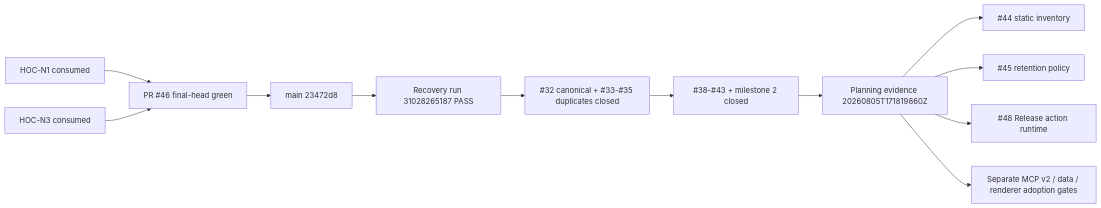
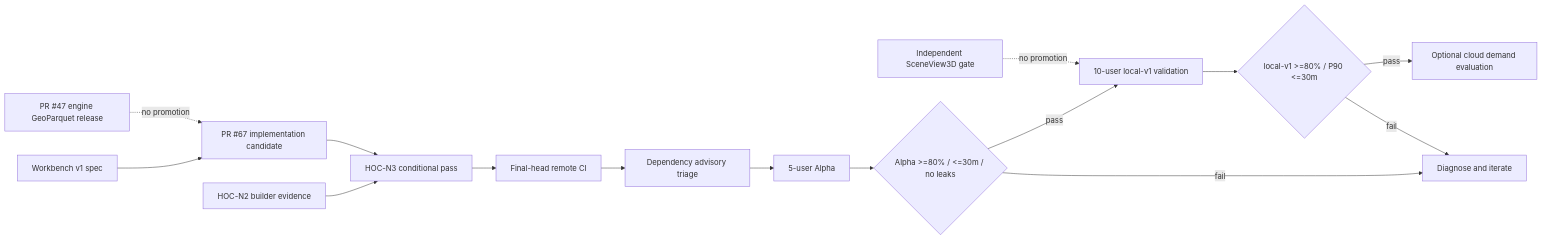
One commit to HYNCM/gis-engine changed the diagram in docs/planning/dependency-graph.md. Above: the diagram before and after it, drawn with Mermaid. The commit also changed other lines of this file and 9 other files, not shown here.

Commit message:
docs: refresh Workbench planning evidence

````diff
--- a/docs/planning/dependency-graph.md
+++ b/docs/planning/dependency-graph.md
@@ -19,14 +17,17 @@
 ```mermaid
 flowchart LR
-  H1["HOC-N1 consumed"] --> PR["PR #46 final-head green"]
-  H3["HOC-N3 consumed"] --> PR
-  PR --> MERGE["main 23472d8"]
-  MERGE --> RECOVERY["Recovery run 31028265187 PASS"]
-  RECOVERY --> INCIDENTS["#32 canonical + #33-#35 duplicates closed"]
-  INCIDENTS --> CLOSE["#38-#43 + milestone 2 closed"]
-  CLOSE --> SNAPSHOT["Planning evidence 20260805T171819860Z"]
-  SNAPSHOT --> K["#44 static inventory"]
-  SNAPSHOT --> T["#45 retention policy"]
-  SNAPSHOT --> A["#48 Release action runtime"]
-  SNAPSHOT --> FUTURE["Separate MCP v2 / data / renderer adoption gates"]
+  SPEC["Workbench v1 spec"] --> IMPL["PR #67 implementation candidate"]
+  N2["HOC-N2 builder evidence"] --> N3["HOC-N3 conditional pass"]
+  IMPL --> N3
+  N3 --> CI["Final-head remote CI"]
+  CI --> AUDIT["Dependency advisory triage"]
+  AUDIT --> ALPHA["5-user Alpha"]
+  ALPHA --> AGATE{"Alpha >=80% / <=30m / no leaks"}
+  AGATE -->|pass| V1["10-user local-v1 validation"]
+  AGATE -->|fail| FIX["Diagnose and iterate"]
+  V1 --> VGATE{"local-v1 >=80% / P90 <=30m"}
+  VGATE -->|pass| FUTURE["Optional cloud demand evaluation"]
+  VGATE -->|fail| FIX
+  PR47["PR #47 engine GeoParquet release"] -. no promotion .-> IMPL
+  D3["Independent SceneView3D gate"] -. no promotion .-> V1
 ```
````
